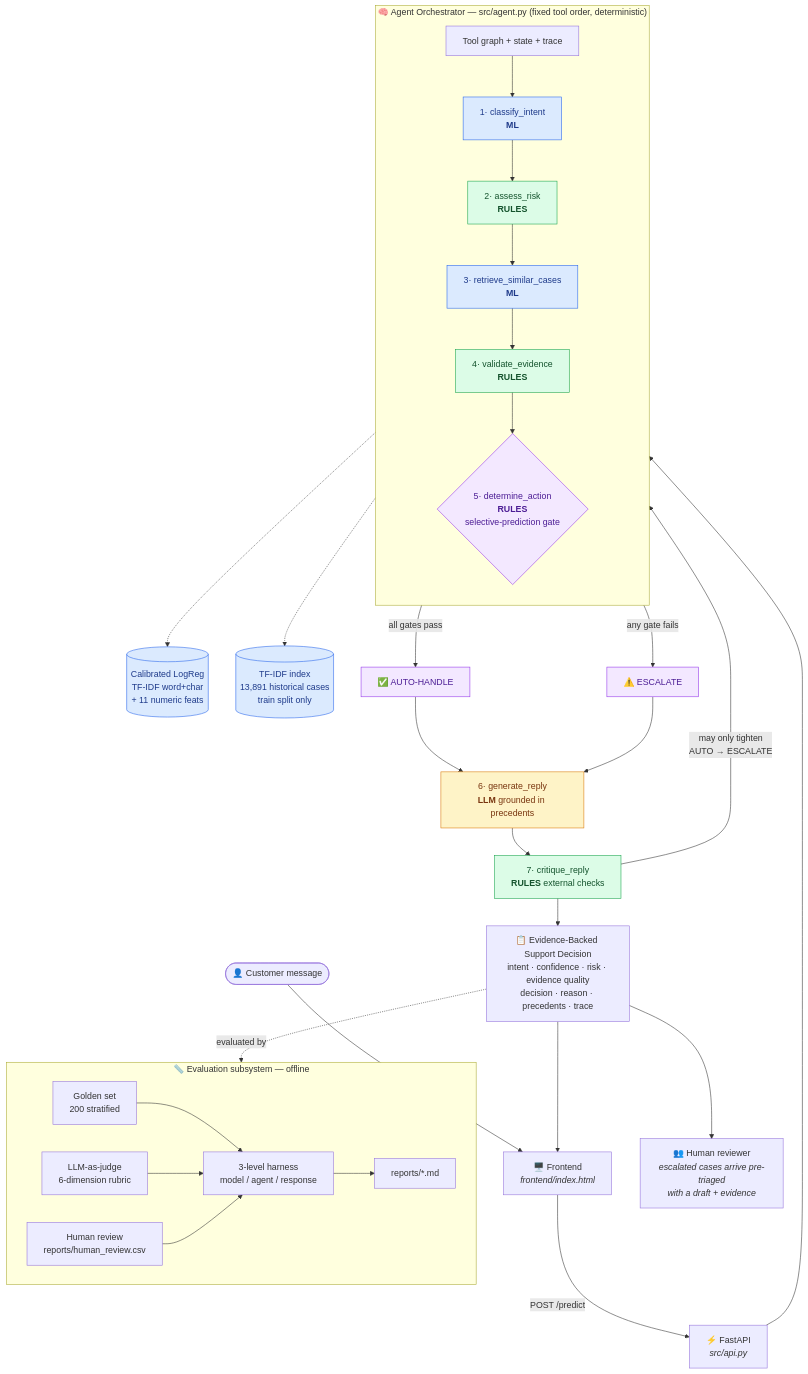
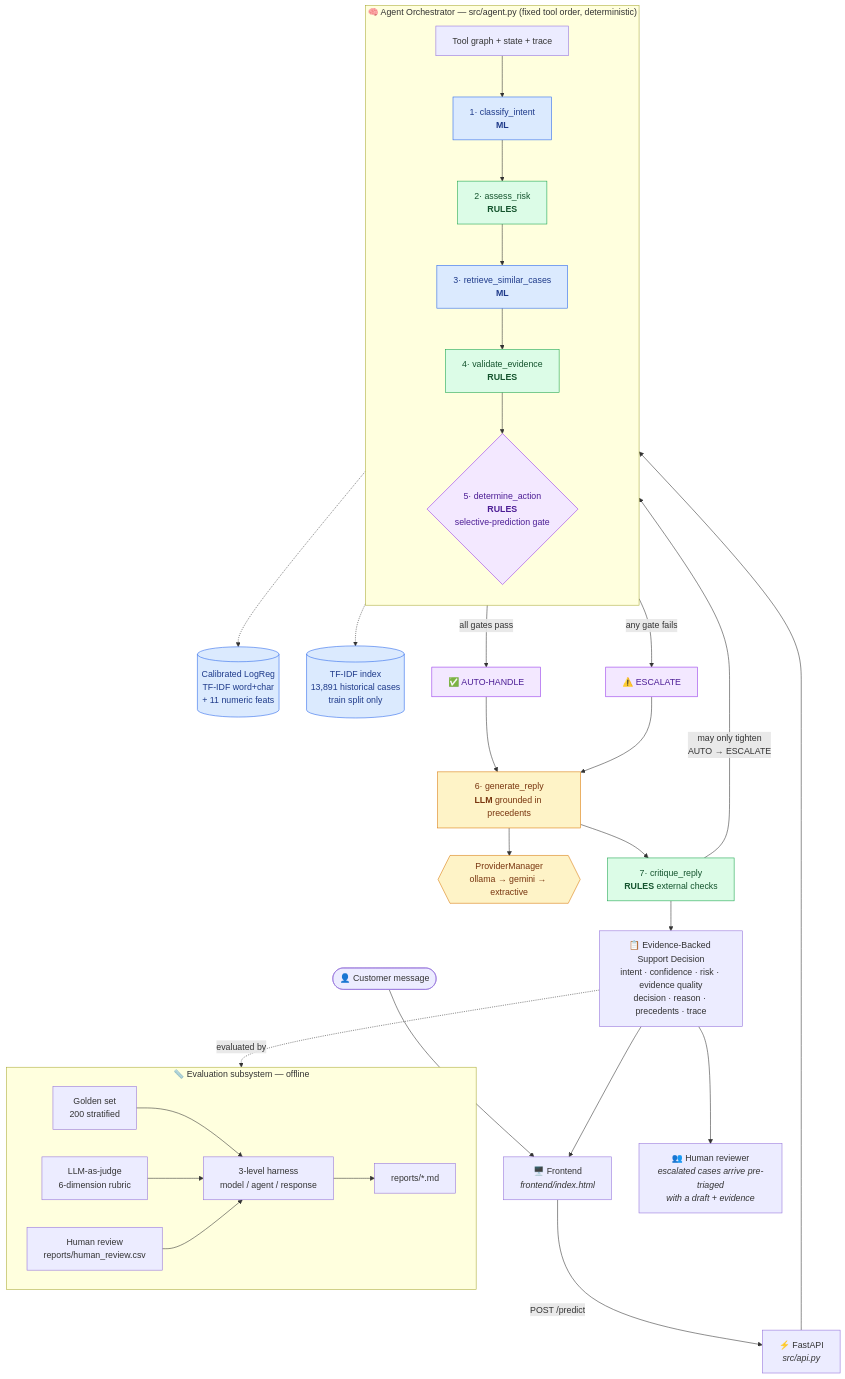
The first of 3 diagrams in README.md (Kurapati-Sai-Suhas/koh-AI-support-agent-), drawn with Mermaid before and after one commit. The commit also changed other lines of this file and 18 other files, not shown here.

````diff
--- a/README.md
+++ b/README.md
@@ -51,50 +52,51 @@
 ```mermaid
 flowchart TB
     C(["👤 Customer message"]) --> FE["🖥️ Frontend<br/><i>frontend/index.html</i>"]
     FE -->|"POST /predict"| API["⚡ FastAPI<br/><i>src/api.py</i>"]
     API --> ORC
 
     subgraph AGENT["🧠 Agent Orchestrator — src/agent.py (fixed tool order, deterministic)"]
         direction TB
         ORC["Tool graph + state + trace"]
         ORC --> T1["1· classify_intent<br/><b>ML</b>"]
         T1 --> T2["2· assess_risk<br/><b>RULES</b>"]
         T2 --> T3["3· retrieve_similar_cases<br/><b>ML</b>"]
         T3 --> T4["4· validate_evidence<br/><b>RULES</b>"]
         T4 --> T5{"5· determine_action<br/><b>RULES</b><br/>selective-prediction gate"}
     end
 
     T1 -.-> M1[("Calibrated LogReg<br/>TF-IDF word+char<br/>+ 11 numeric feats")]
     T3 -.-> M2[("TF-IDF index<br/>13,891 historical cases<br/>train split only")]
 
     T5 -->|all gates pass| AUTO["✅ AUTO-HANDLE"]
     T5 -->|any gate fails| ESC["⚠️ ESCALATE"]
 
     AUTO --> GEN["6· generate_reply<br/><b>LLM</b> grounded in precedents"]
     ESC --> GEN
+    GEN --> PM{{"ProviderManager<br/>ollama → gemini → extractive"}}
     GEN --> CRIT["7· critique_reply<br/><b>RULES</b> external checks"]
     CRIT -->|"may only tighten<br/>AUTO → ESCALATE"| T5
 
     CRIT --> OUT["📋 Evidence-Backed Support Decision<br/>intent · confidence · risk · evidence quality<br/>decision · reason · precedents · trace"]
     OUT --> FE
     OUT --> HUM["👥 Human reviewer<br/><i>escalated cases arrive pre-triaged<br/>with a draft + evidence</i>"]
 
     subgraph EVAL["📏 Evaluation subsystem — offline"]
         direction LR
         E1["Golden set<br/>200 stratified"] --> E2["3-level harness<br/>model / agent / response"]
         E3["LLM-as-judge<br/>6-dimension rubric"] --> E2
         E4["Human review<br/>reports/human_review.csv"] --> E2
         E2 --> E5["reports/*.md"]
     end
 
     OUT -.evaluated by.-> E2
 
     classDef ml fill:#dbeafe,stroke:#2563eb,color:#1e3a8a
     classDef rule fill:#dcfce7,stroke:#16a34a,color:#14532d
     classDef llm fill:#fef3c7,stroke:#d97706,color:#78350f
     classDef dec fill:#f3e8ff,stroke:#9333ea,color:#4c1d95
     class T1,T3,M1,M2 ml
     class T2,T4,CRIT rule
-    class GEN llm
+    class GEN,PM llm
     class T5,AUTO,ESC dec
 ```
````
